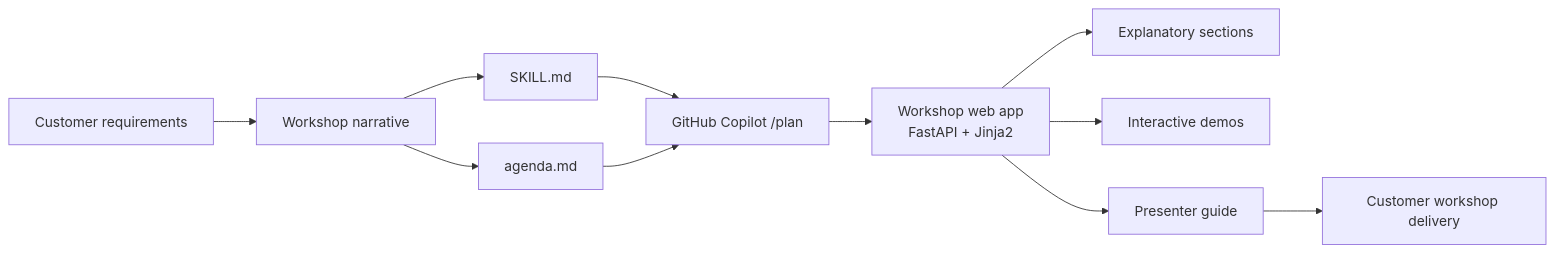
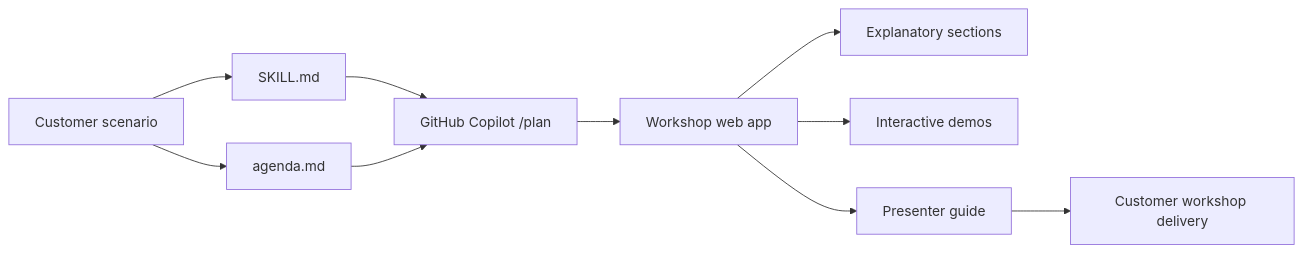
Before and after one commit to pedro-pauletti/csa-workshop-builder: the second of 2 diagrams in assets/diagrams/end-to-end-flow.md, drawn with Mermaid. The commit also changed other lines of this file and 33 other files, not shown here.

````diff
--- a/assets/diagrams/end-to-end-flow.md
+++ b/assets/diagrams/end-to-end-flow.md
@@ -3,13 +26,12 @@
 ```mermaid
 flowchart LR
-    A[Customer requirements] --> B[Workshop narrative]
-    B --> C[SKILL.md]
-    B --> D[agenda.md]
-    C --> E["GitHub Copilot /plan"]
-    D --> E
-    E --> F[Workshop web app<br/>FastAPI + Jinja2]
-    F --> G[Explanatory sections]
-    F --> H[Interactive demos]
-    F --> I[Presenter guide]
-    I --> J[Customer workshop delivery]
+    S[Customer scenario] --> SK[SKILL.md]
+    S --> AG[agenda.md]
+    SK --> P["GitHub Copilot /plan"]
+    AG --> P
+    P --> APP[Workshop web app]
+    APP --> EX[Explanatory sections]
+    APP --> DM[Interactive demos]
+    APP --> PG[Presenter guide]
+    PG --> DL[Customer workshop delivery]
 ```
````
